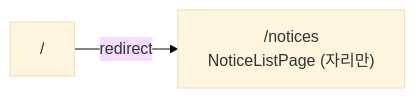
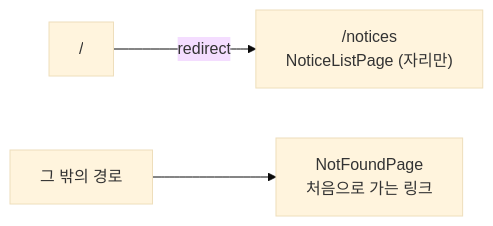
The ninth of 15 diagrams in docs/overview.md (JECT-Study/highfive-5th-Client), drawn with Mermaid (base theme) before and after one commit. The commit also changed 6 other files, not shown here.

````diff
--- a/docs/overview.md
+++ b/docs/overview.md
@@ -244,4 +244,5 @@
 ```mermaid
 flowchart LR
   slash["/"] -->|"redirect"| notices["/notices<br/>NoticeListPage (자리만)"]
+  other["그 밖의 경로"] --> nf["NotFoundPage<br/>처음으로 가는 링크"]
 ```
````
